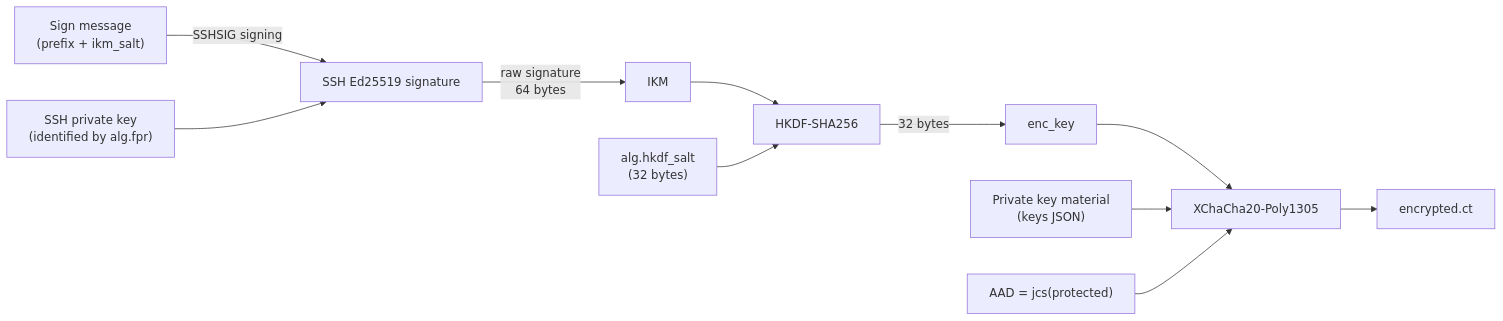
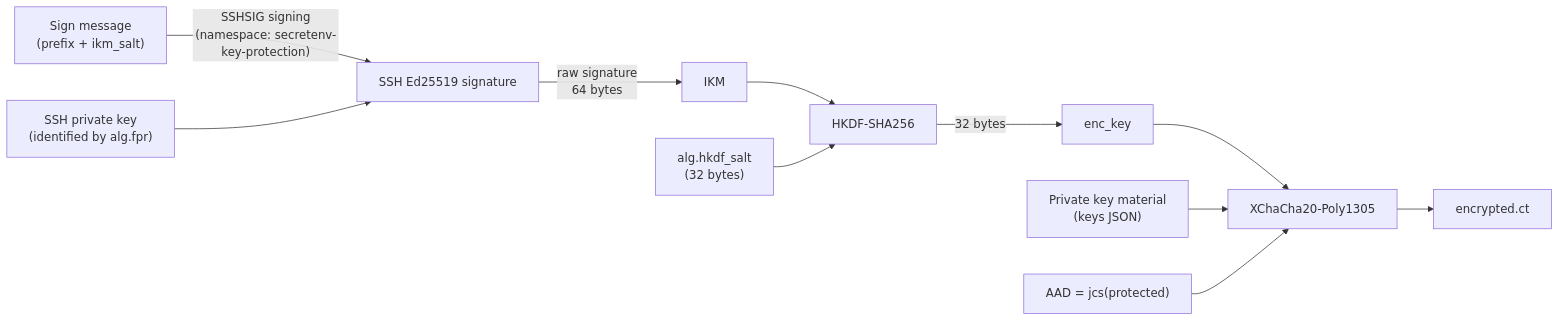
One commit to ebisawa/kapsaro changed the fifth of 6 diagrams in guides/security_design_en.md. Above: the diagram before and after it, drawn with Mermaid. The commit also changed other lines of this file and 29 other files, not shown here.

````diff
--- a/guides/security_design_en.md
+++ b/guides/security_design_en.md
@@ -868,13 +868,13 @@
 ```mermaid
 graph LR
-    Msg["Sign message<br/>(prefix + ikm_salt)"] -->|SSHSIG signing| SSHSign["SSH Ed25519 signature"]
+    Msg["Sign message<br/>(prefix + ikm_salt)"] -->|"SSHSIG signing<br/>(namespace: secretenv-key-protection)"| SSHSign["SSH Ed25519 signature"]
     SSHKey["SSH private key<br/>(identified by alg.fpr)"] --> SSHSign
     SSHSign -->|"raw signature<br/>64 bytes"| IKM["IKM"]
     IKM --> HKDF["HKDF-SHA256"]
     Salt["alg.hkdf_salt<br/>(32 bytes)"] --> HKDF
     HKDF -->|32 bytes| EncKey["enc_key"]
     EncKey --> AEAD["XChaCha20-Poly1305"]
     Plaintext["Private key material<br/>(keys JSON)"] --> AEAD
     AAD["AAD = jcs(protected)"] --> AEAD
     AEAD --> CT["encrypted.ct"]
 ```
````
